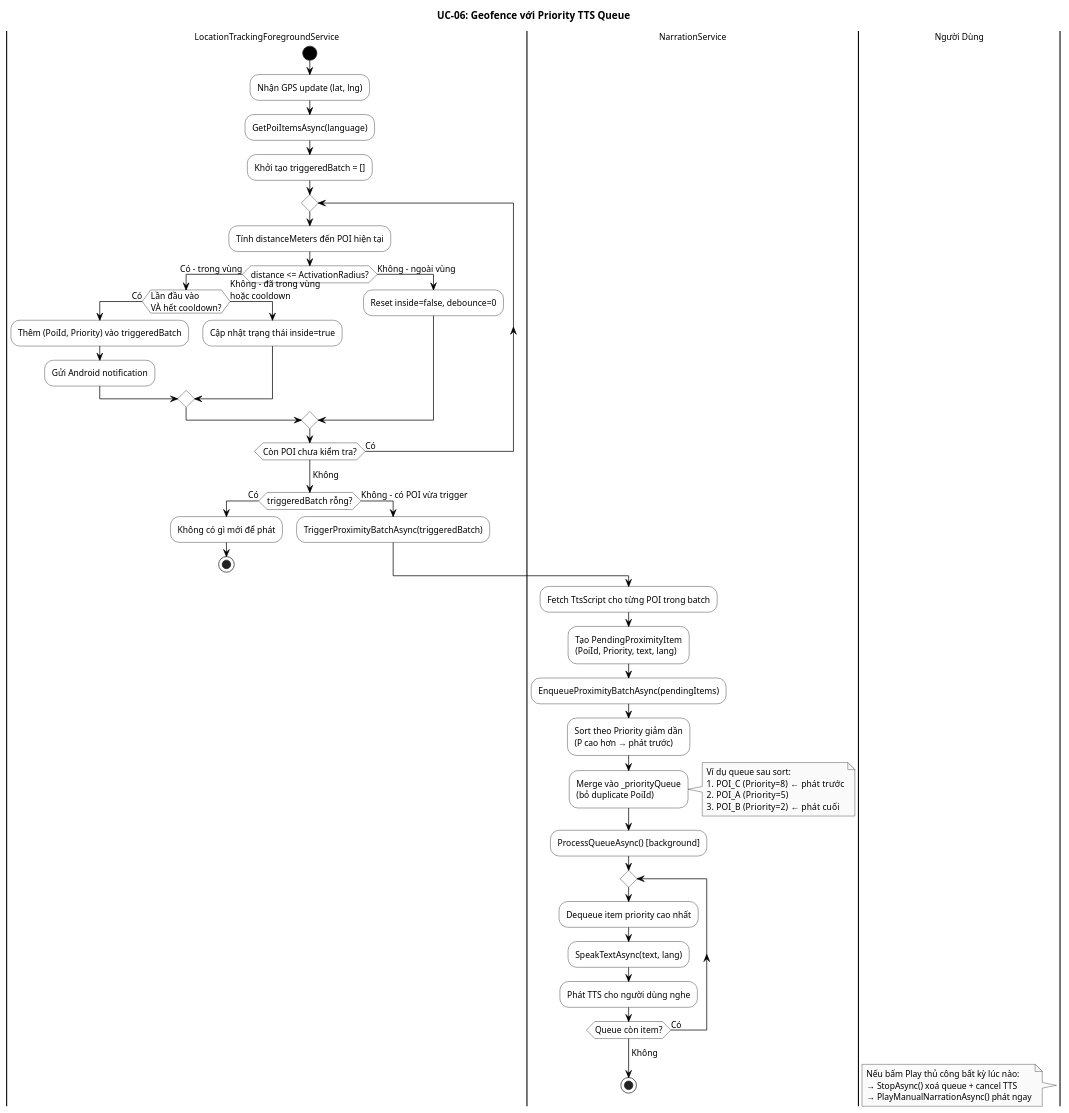
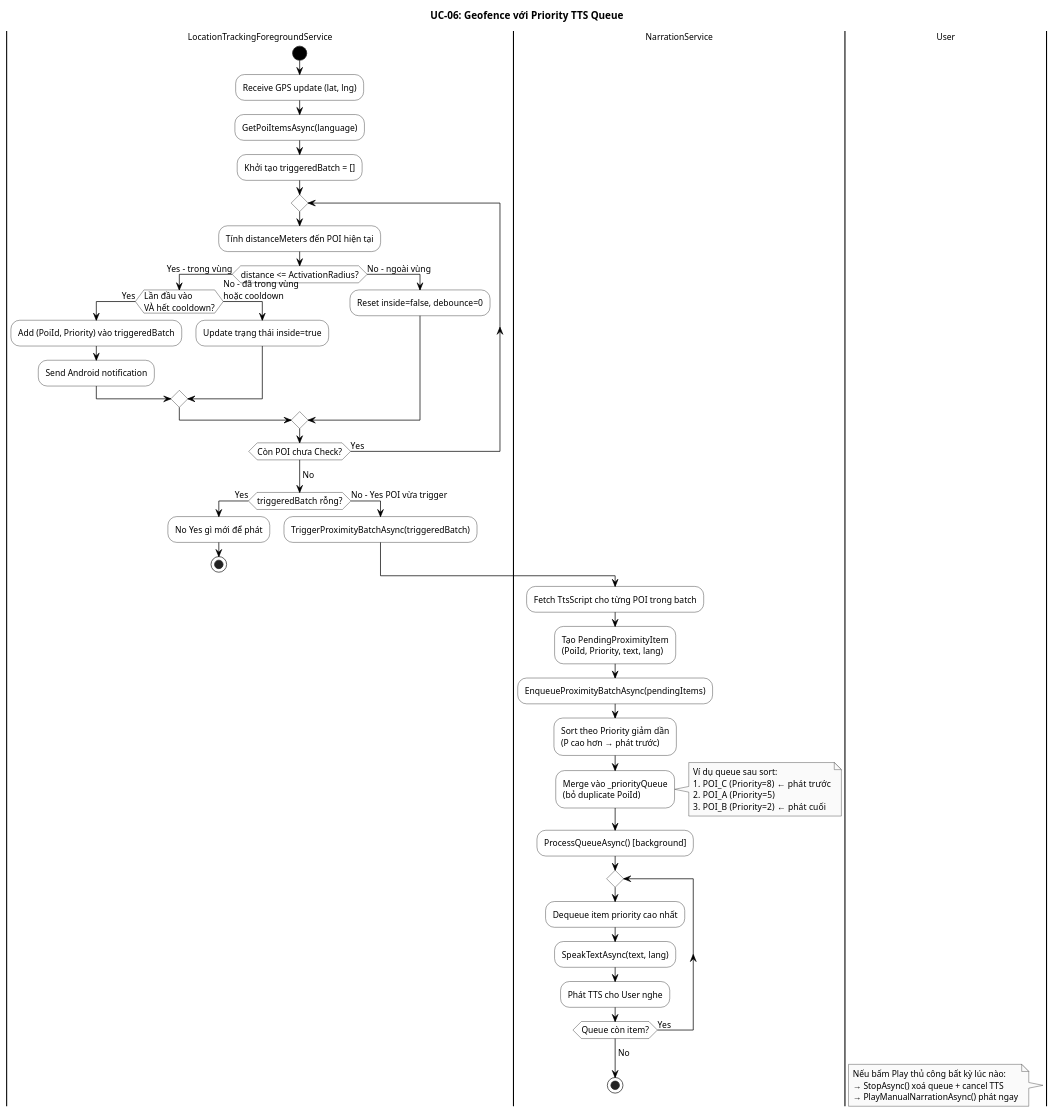
One commit to binhbo0311/food-map changed the diagram in puml_diagrams/act_06_gps.puml. Above: the diagram before and after it, drawn with PlantUML. The commit also changed 12 other files, not shown here.

Commit message:
feat: Add POI listen analytics, update Admin CMS stats, translate diagrams

```diff
--- a/puml_diagrams/act_06_gps.puml
+++ b/puml_diagrams/act_06_gps.puml
@@ -1,78 +1,78 @@
 @startuml act_06_gps
 skinparam monochrome true
 skinparam shadowing false
 skinparam backgroundColor white
 skinparam defaultFontSize 12
 skinparam activityBorderColor black
 skinparam activityBackgroundColor white
 skinparam activityDiamondBorderColor black
 skinparam activityDiamondBackgroundColor white
 skinparam activityStartColor black
 skinparam activityEndColor black
 skinparam partitionBorderColor black
 skinparam partitionBackgroundColor white
 skinparam ArrowColor black
 
 title UC-06: Geofence với Priority TTS Queue
 
 |LocationTrackingForegroundService|
 start
-:Nhận GPS update (lat, lng);
+:Receive GPS update (lat, lng);
 :GetPoiItemsAsync(language);
 :Khởi tạo triggeredBatch = [];
 
 |LocationTrackingForegroundService|
 repeat
   :Tính distanceMeters đến POI hiện tại;
-  if (distance <= ActivationRadius?) then (Có – trong vùng)
-    if (Lần đầu vào\nVÀ hết cooldown?) then (Có)
-      :Thêm (PoiId, Priority) vào triggeredBatch;
-      :Gửi Android notification;
-    else (Không – đã trong vùng\nhoặc cooldown)
-      :Cập nhật trạng thái inside=true;
+  if (distance <= ActivationRadius?) then (Yes – trong vùng)
+    if (Lần đầu vào\nVÀ hết cooldown?) then (Yes)
+      :Add (PoiId, Priority) vào triggeredBatch;
+      :Send Android notification;
+    else (No – đã trong vùng\nhoặc cooldown)
+      :Update trạng thái inside=true;
     endif
-  else (Không – ngoài vùng)
+  else (No – ngoài vùng)
     :Reset inside=false, debounce=0;
   endif
-repeat while (Còn POI chưa kiểm tra?) is (Có)
-->Không;
+repeat while (Còn POI chưa Check?) is (Yes)
+->No;
 
-if (triggeredBatch rỗng?) then (Có)
-  :Không có gì mới để phát;
+if (triggeredBatch rỗng?) then (Yes)
+  :No Yes gì mới để phát;
   stop
-else (Không – có POI vừa trigger)
+else (No – Yes POI vừa trigger)
   :TriggerProximityBatchAsync(triggeredBatch);
 endif
 
 |NarrationService|
 :Fetch TtsScript cho từng POI trong batch;
 :Tạo PendingProximityItem\n(PoiId, Priority, text, lang);
 :EnqueueProximityBatchAsync(pendingItems);
 :Sort theo Priority giảm dần\n(P cao hơn → phát trước);
 :Merge vào _priorityQueue\n(bỏ duplicate PoiId);
 
 note right
   Ví dụ queue sau sort:
   1. POI_C  (Priority=8)  ← phát trước
   2. POI_A  (Priority=5)
   3. POI_B  (Priority=2)  ← phát cuối
 end note
 
 :ProcessQueueAsync() [background];
 
 repeat
   :Dequeue item priority cao nhất;
   :SpeakTextAsync(text, lang);
-  :Phát TTS cho người dùng nghe;
-repeat while (Queue còn item?) is (Có)
-->Không;
+  :Phát TTS cho User nghe;
+repeat while (Queue còn item?) is (Yes)
+->No;
 stop
 
-|Người Dùng|
+|User|
 note
   Nếu bấm Play thủ công bất kỳ lúc nào:
   → StopAsync() xoá queue + cancel TTS
   → PlayManualNarrationAsync() phát ngay
 end note
 
 @enduml
```
